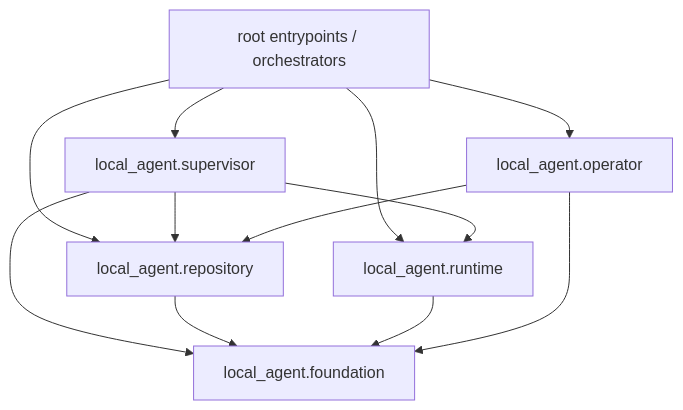
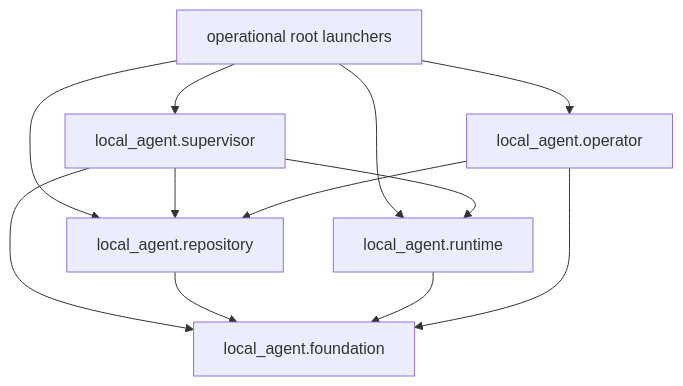
One commit to MichalMatu/local-agent changed the second of 3 diagrams in docs/ARCHITECTURE.md. Above: the diagram before and after it, drawn with Mermaid. The commit also changed other lines of this file and 100 other files, not shown here.

````diff
--- a/docs/ARCHITECTURE.md
+++ b/docs/ARCHITECTURE.md
@@ -150,14 +140,14 @@
 ```mermaid
 flowchart TD
-    Root["root entrypoints / orchestrators"] --> Supervisor["local_agent.supervisor"]
+    Root["operational root launchers"] --> Supervisor["local_agent.supervisor"]
     Root --> Repo["local_agent.repository"]
     Root --> Runtime["local_agent.runtime"]
     Root --> Operator["local_agent.operator"]
     Supervisor --> Repo
     Supervisor --> Runtime
     Supervisor --> Foundation["local_agent.foundation"]
     Repo --> Foundation
     Runtime --> Foundation
     Operator --> Repo
     Operator --> Foundation
 ```
````
